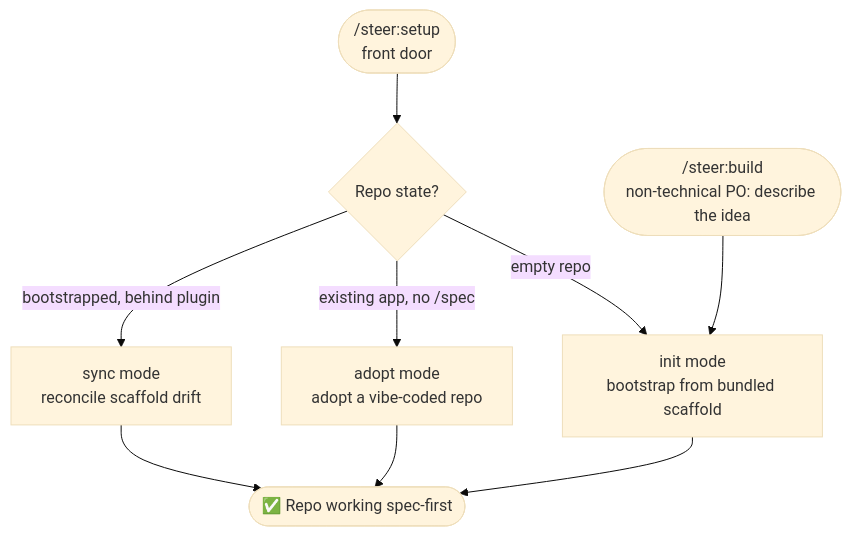
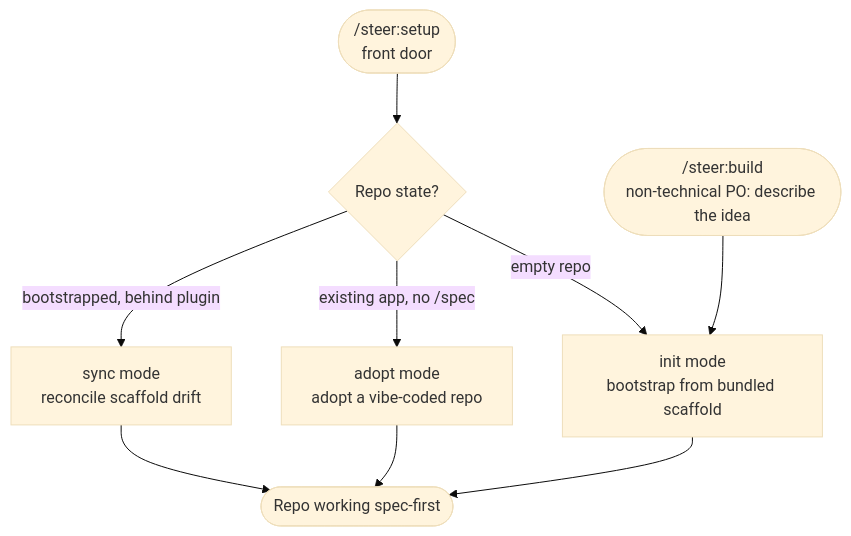
Before and after one commit to element22llc/e22-plugins: the second of 3 diagrams in README.md, drawn with Mermaid (base theme). The commit also changed other lines of this file and 149 other files, not shown here.

````diff
--- a/README.md
+++ b/README.md
@@ -88,11 +88,11 @@
 ```mermaid
 flowchart TD
     setup(["/steer:setup<br/>front door"]) --> detect{Repo state?}
     detect -->|empty repo| init["init mode<br/>bootstrap from bundled scaffold"]
     detect -->|existing app, no /spec| adopt["adopt mode<br/>adopt a vibe-coded repo"]
     detect -->|bootstrapped, behind plugin| sync["sync mode<br/>reconcile scaffold drift"]
     build(["/steer:build<br/>non-technical PO: describe the idea"]) --> init
-    init --> ready(["✅ Repo working spec-first"])
+    init --> ready(["Repo working spec-first"])
     adopt --> ready
     sync --> ready
 ```
````
